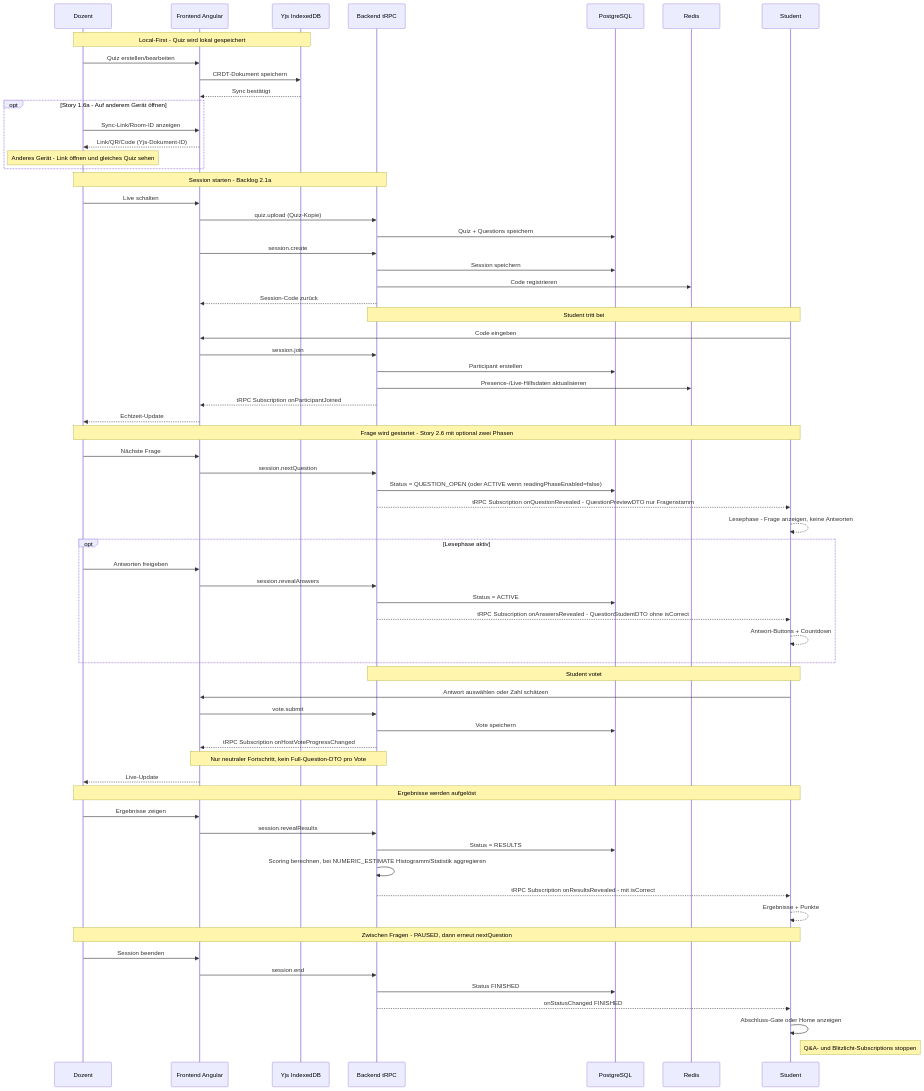
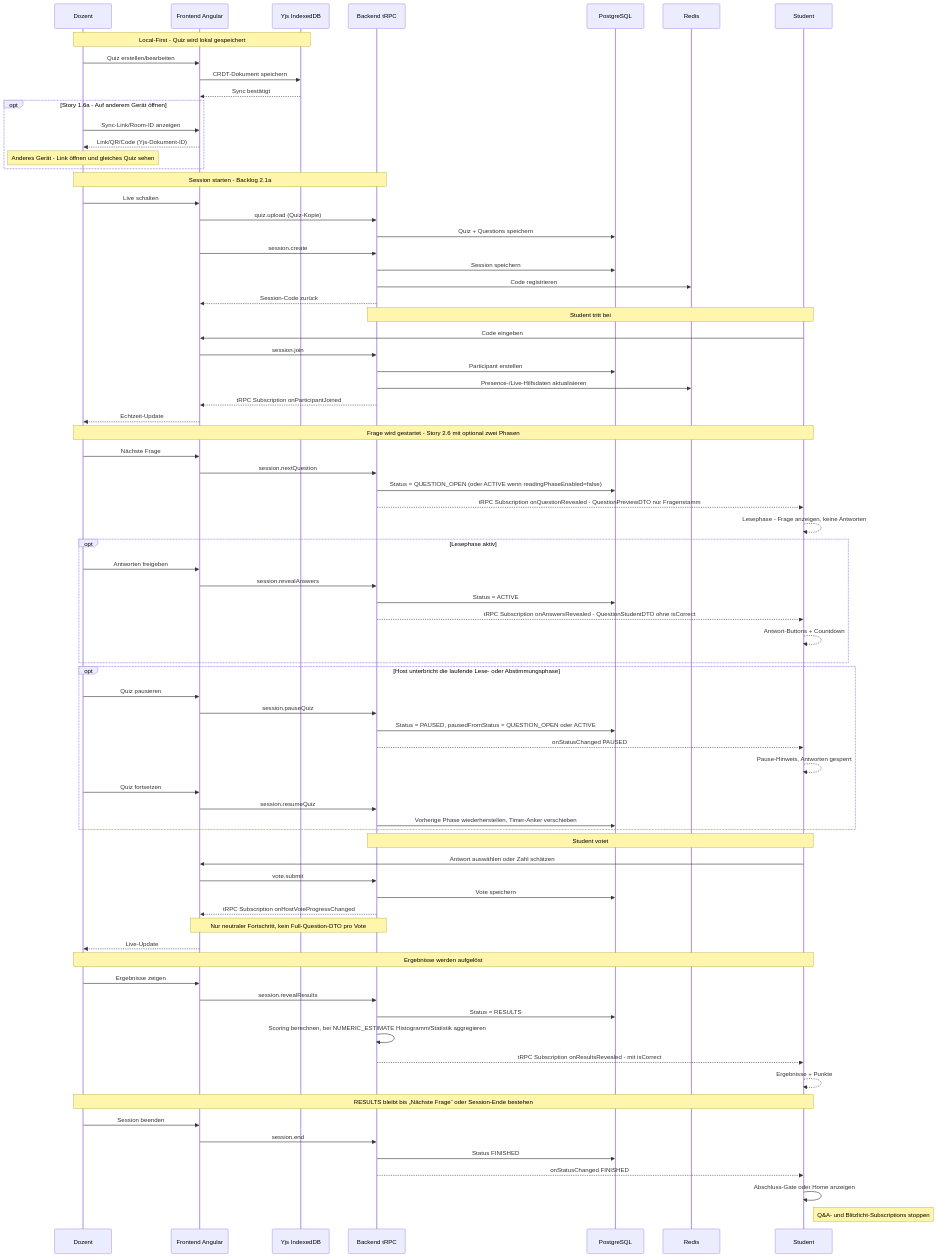
Before and after one commit to kqc-real/arsnova.eu: the third of 14 diagrams in docs/diagrams/architecture-overview.md, drawn with Mermaid. The commit also changed 47 other files, not shown here.

```diff
--- a/docs/diagrams/architecture-overview.md
+++ b/docs/diagrams/architecture-overview.md
@@ -175,6 +175,17 @@
         S-->>S: Antwort-Buttons + Countdown
     end
 
+    opt Host unterbricht die laufende Lese- oder Abstimmungsphase
+        D->>FE: Quiz pausieren
+        FE->>BE: session.pauseQuiz
+        BE->>PG: Status = PAUSED, pausedFromStatus = QUESTION_OPEN oder ACTIVE
+        BE-->>S: onStatusChanged PAUSED
+        S-->>S: Pause-Hinweis, Antworten gesperrt
+        D->>FE: Quiz fortsetzen
+        FE->>BE: session.resumeQuiz
+        BE->>PG: Vorherige Phase wiederherstellen, Timer-Anker verschieben
+    end
+
     Note over S,BE: Student votet
     S->>FE: Antwort auswählen oder Zahl schätzen
     FE->>BE: vote.submit
@@ -191,7 +202,7 @@
     BE-->>S: tRPC Subscription onResultsRevealed - mit isCorrect
     S-->>S: Ergebnisse + Punkte
 
-    Note over D,S: Zwischen Fragen - PAUSED, dann erneut nextQuestion
+    Note over D,S: RESULTS bleibt bis „Nächste Frage“ oder Session-Ende bestehen
     D->>FE: Session beenden
     FE->>BE: session.end
     BE->>PG: Status FINISHED
```
